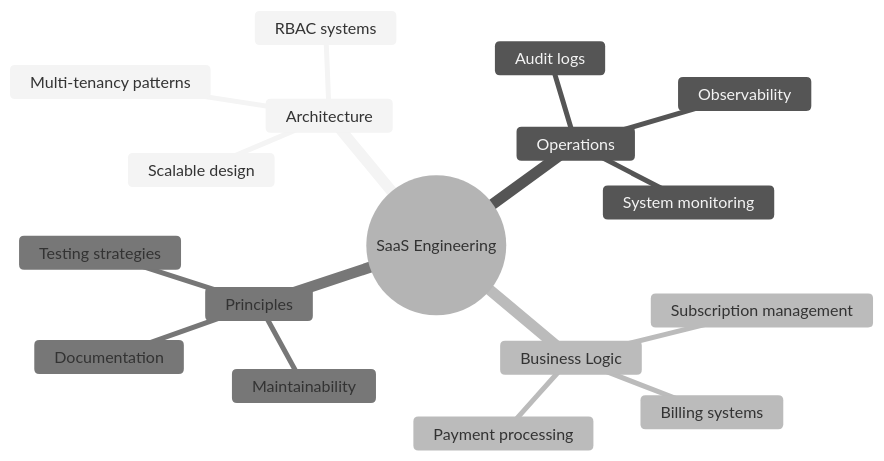
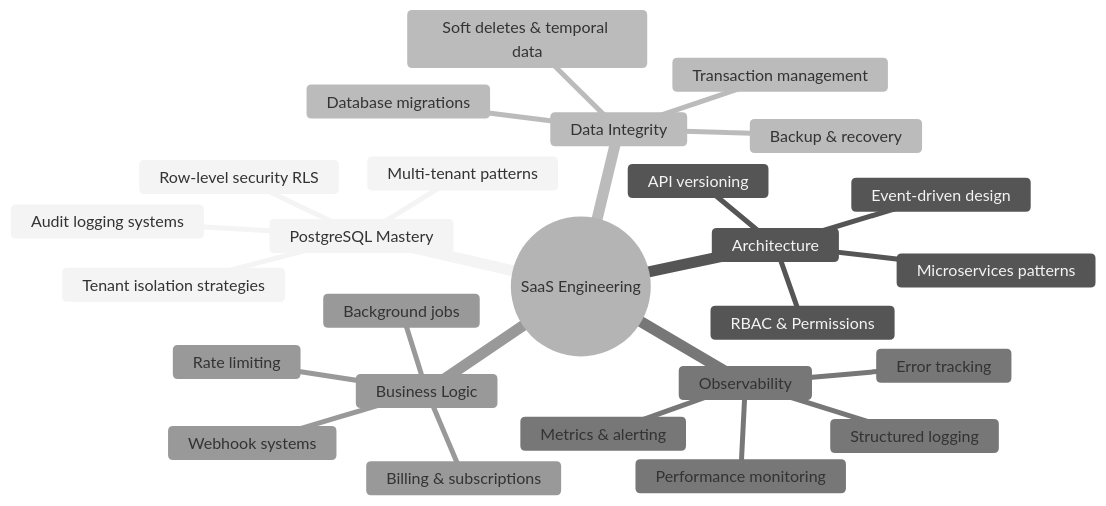
One commit to OgheneDev/OgheneDev changed the diagram in README.md. Above: the diagram before and after it, drawn with Mermaid (neutral theme). The commit also changed other lines of this file, not shown here.

````diff
--- a/README.md
+++ b/README.md
@@ -244,20 +246,29 @@
 ```mermaid
 mindmap
   root((SaaS Engineering))
+    PostgreSQL Mastery
+      Multi-tenant patterns
+      Row-level security RLS
+      Audit logging systems
+      Tenant isolation strategies
     Architecture
-      Multi-tenancy patterns
-      RBAC systems
-      Scalable design
-    Operations
-      Audit logs
-      Observability
-      System monitoring
+      RBAC & Permissions
+      Event-driven design
+      Microservices patterns
+      API versioning
+    Data Integrity
+      Transaction management
+      Soft deletes & temporal data
+      Database migrations
+      Backup & recovery
+    Observability
+      Structured logging
+      Performance monitoring
+      Error tracking
+      Metrics & alerting
     Business Logic
-      Billing systems
-      Subscription management
-      Payment processing
-    Principles
-      Maintainability
-      Documentation
-      Testing strategies
+      Billing & subscriptions
+      Webhook systems
+      Background jobs
+      Rate limiting
 ```
````
